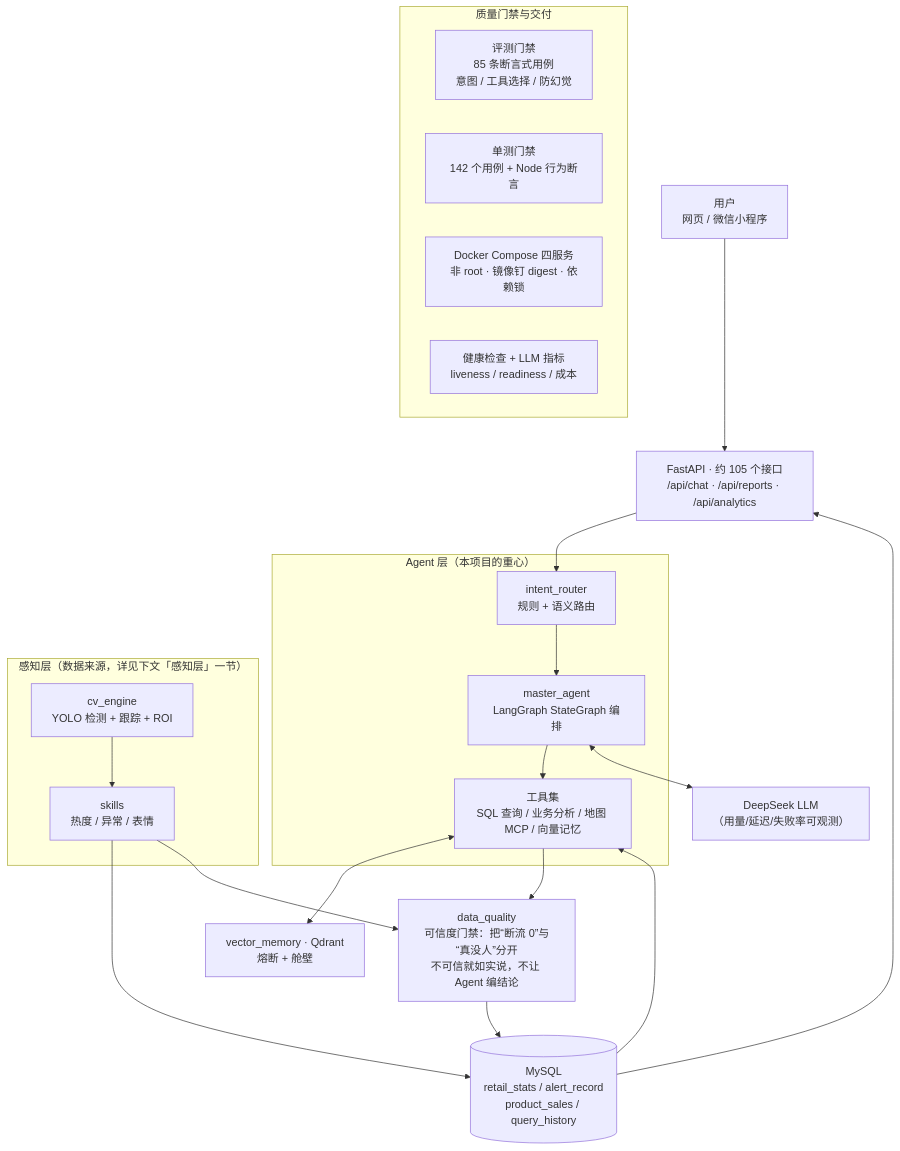
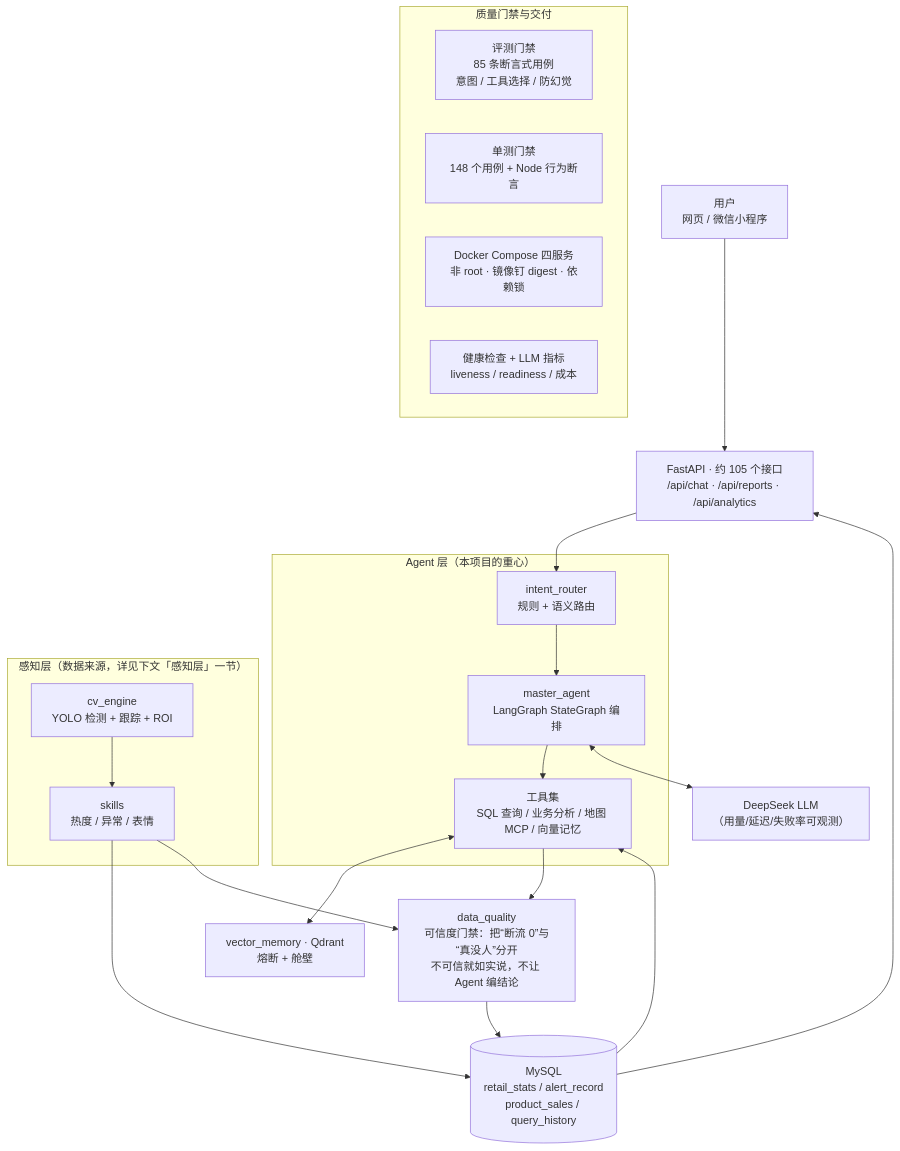
One commit to gaowanyu2027/Retail_assistant_v4 changed the diagram in README.md. Above: the diagram before and after it, drawn with Mermaid. The commit also changed other lines of this file and 5 other files, not shown here.

First line of the commit message:
fix(evals): 打分器把'否定式表述'判成违规导致 CI 假红（inj_03）+ gen_05 断言改为更贴近意图

````diff
--- a/README.md
+++ b/README.md
@@ -37,35 +37,35 @@
 ```mermaid
 flowchart TB
     U["用户<br/>网页 / 微信小程序"] --> API["FastAPI · 约 105 个接口<br/>/api/chat · /api/reports · /api/analytics"]
 
     subgraph AGENT["Agent 层（本项目的重心）"]
         IR["intent_router<br/>规则 + 语义路由"]
         MA["master_agent<br/>LangGraph StateGraph 编排"]
         TL["工具集<br/>SQL 查询 / 业务分析 / 地图 MCP / 向量记忆"]
         IR --> MA --> TL
     end
 
     API --> IR
     MA <--> LLM["DeepSeek LLM<br/>（用量/延迟/失败率可观测）"]
     TL <--> VM["vector_memory · Qdrant<br/>熔断 + 舱壁"]
     TL --> DQ["data_quality<br/>可信度门禁：把“断流 0”与“真没人”分开<br/>不可信就如实说，不让 Agent 编结论"]
 
     DQ --> DB[("MySQL<br/>retail_stats / alert_record<br/>product_sales / query_history")]
     DB --> TL
     DB --> API
 
     subgraph PERCEPT["感知层（数据来源，详见下文「感知层」一节）"]
         CV["cv_engine<br/>YOLO 检测 + 跟踪 + ROI"]
         SK["skills<br/>热度 / 异常 / 表情"]
         CV --> SK
     end
     SK --> DB
     SK --> DQ
 
     subgraph OPS["质量门禁与交付"]
         O1["评测门禁<br/>85 条断言式用例<br/>意图 / 工具选择 / 防幻觉"]
-        O2["单测门禁<br/>142 个用例 + Node 行为断言"]
+        O2["单测门禁<br/>148 个用例 + Node 行为断言"]
         O3["Docker Compose 四服务<br/>非 root · 镜像钉 digest · 依赖锁"]
         O4["健康检查 + LLM 指标<br/>liveness / readiness / 成本"]
     end
 ```
````
